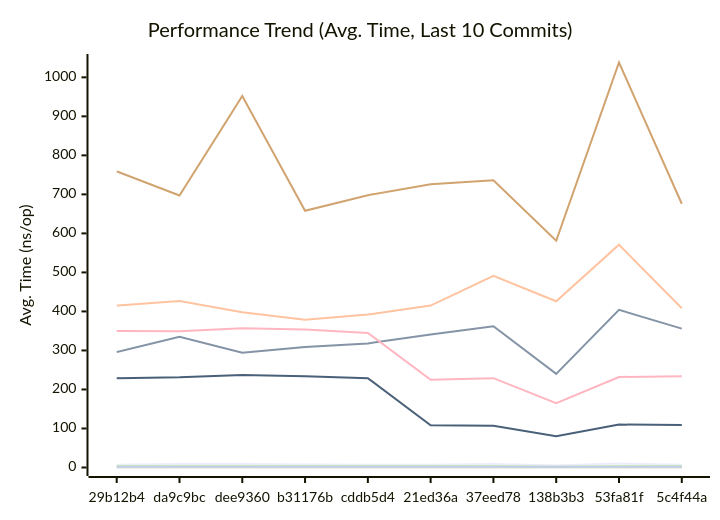
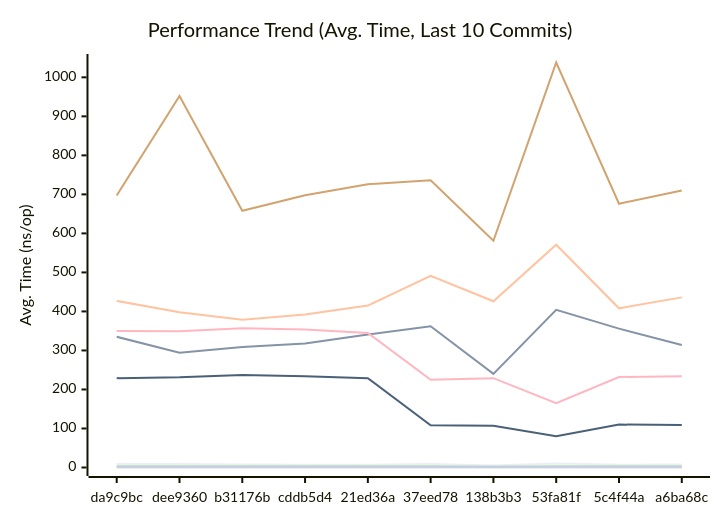
Before and after one commit to alsotoes/momo: the first of 3 diagrams in docs/PERFORMANCE.md, drawn with Mermaid. The commit also changed other lines of this file and 5 other files, not shown here.

````diff
--- a/docs/PERFORMANCE.md
+++ b/docs/PERFORMANCE.md
@@ -80,16 +80,16 @@
 ```mermaid
 xychart-beta
     title "Performance Trend (Avg. Time, Last 10 Commits)"
     x-axis "Commit"
     y-axis "Avg. Time (ns/op)"
-    x-axis [29b12b4,da9c9bc,dee9360,b31176b,cddb5d4,21ed36a,37eed78,138b3b3,53fa81f,5c4f44a]
-    line "CheckMetricsAndSwap" [7,9,9,8,7,7,9,5,10,7]
-    line "CrushOptimized" [296,335,294,309,318,341,362,240,404,356]
-    line "CrushOriginal" [415,427,398,379,392,415,491,426,571,408]
+    x-axis [da9c9bc,dee9360,b31176b,cddb5d4,21ed36a,37eed78,138b3b3,53fa81f,5c4f44a,a6ba68c]
+    line "CheckMetricsAndSwap" [9,9,8,7,7,9,5,10,7,8]
+    line "CrushOptimized" [335,294,309,318,341,362,240,404,356,314]
+    line "CrushOriginal" [427,398,379,392,415,491,426,571,408,436]
     line "IndexDirectTracking" [0,0,0,0,0,0,0,0,0,0]
-    line "IndexSearch" [3,3,3,3,3,3,3,2,3,3]
-    line "LoadGlobalConfig" [759,697,952,658,698,726,736,581,1038,676]
+    line "IndexSearch" [3,3,3,3,3,3,2,3,3,3]
+    line "LoadGlobalConfig" [697,952,658,698,726,736,581,1038,676,710]
     line "PadString" [2,2,2,2,2,2,2,2,2,2]
     line "ParseReplicationOrder_NoPrealloc" [350,349,357,354,345,225,229,165,232,234]
     line "ParseReplicationOrder_Prealloc" [229,231,237,234,229,108,107,80,110,109]
 ```
````
